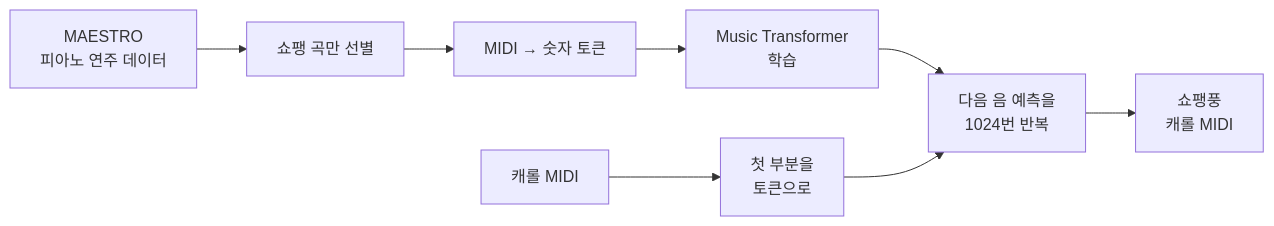
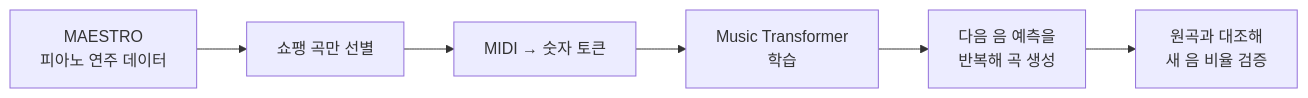
One commit to mjk022/portfolio changed the diagram in MusicTransformer/README.md. Above: the diagram before and after it, drawn with Mermaid. The commit also changed other lines of this file and 6 other files, not shown here.

````diff
--- a/MusicTransformer/README.md
+++ b/MusicTransformer/README.md
@@ -70,10 +69,8 @@
 ```mermaid
 flowchart LR
     A[MAESTRO<br/>피아노 연주 데이터] --> B[쇼팽 곡만 선별]
     B --> C[MIDI → 숫자 토큰]
     C --> D[Music Transformer<br/>학습]
-    E[캐롤 MIDI] --> F[첫 부분을<br/>토큰으로]
-    D --> G[다음 음 예측을<br/>1024번 반복]
-    F --> G
-    G --> H[쇼팽풍<br/>캐롤 MIDI]
+    D --> G[다음 음 예측을<br/>반복해 곡 생성]
+    G --> H[원곡과 대조해<br/>새 음 비율 검증]
 ```
````
